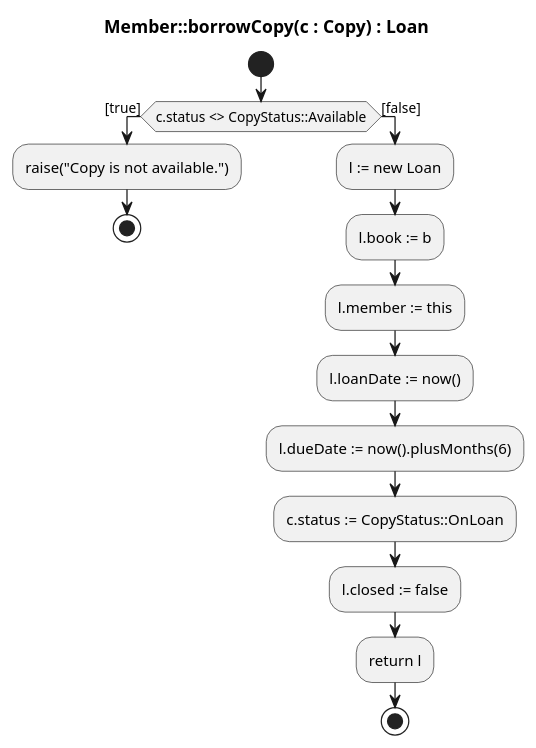
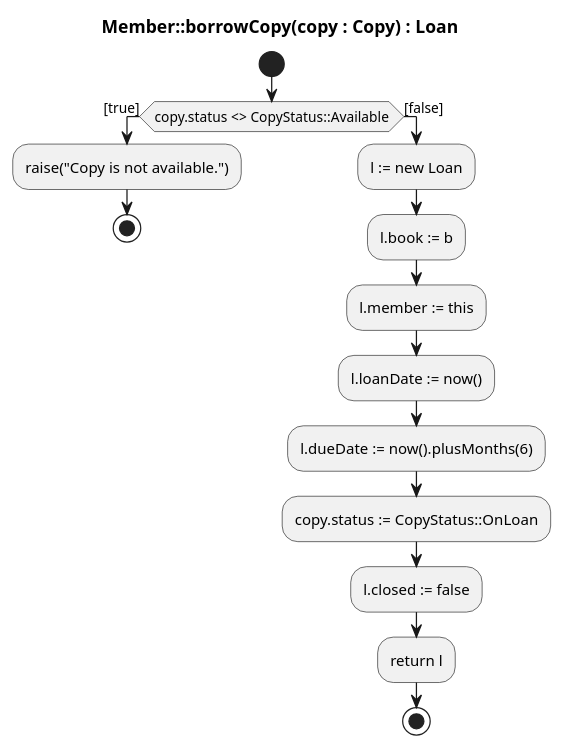
The diagram in library/classical-uml/borrow-copy.puml (scx-othr/MoProCo-evaluation), drawn with PlantUML before and after one commit.

Commit message:
Rename parameter

```diff
--- a/library/classical-uml/borrow-copy.puml
+++ b/library/classical-uml/borrow-copy.puml
@@ -1,19 +1,19 @@
 @startuml
-title Member::borrowCopy(c : Copy) : Loan
+title Member::borrowCopy(copy : Copy) : Loan
 
 start
-if (c.status <> CopyStatus::Available) then ([true])
+if (copy.status <> CopyStatus::Available) then ([true])
   :raise("Copy is not available.");
   stop
 else ([false])
   :l := new Loan;
   :l.book := b;
   :l.member := this;
   :l.loanDate := now();
   :l.dueDate := now().plusMonths(6);
-  :c.status := CopyStatus::OnLoan;
+  :copy.status := CopyStatus::OnLoan;
   :l.closed := false;
   :return l;
   stop
 endif
 @enduml
```
